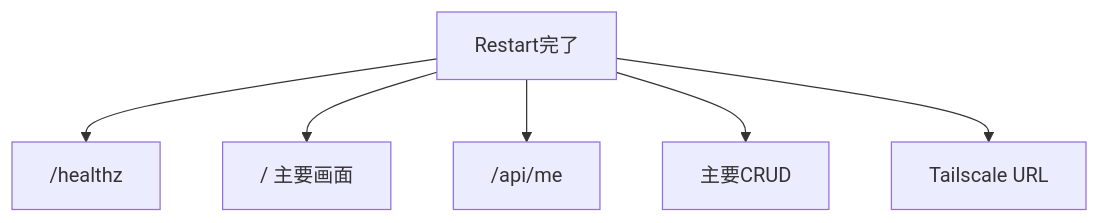
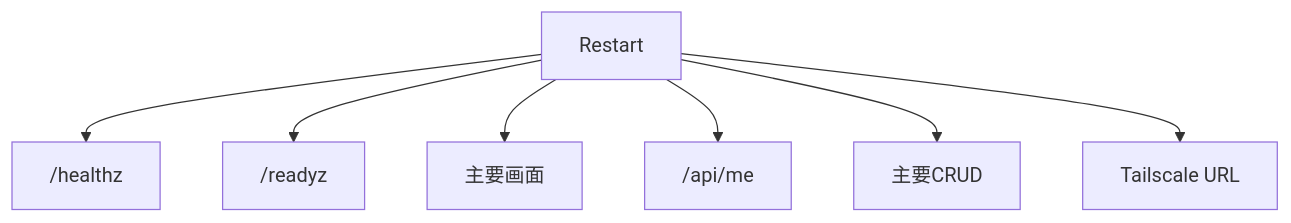
One commit to k-systems202208/python-sqlite-tailscale-webapp-template changed the fourth of 5 diagrams in docs/DEPLOYMENT.md. Above: the diagram before and after it, drawn with Mermaid. The commit also changed other lines of this file and 42 other files, not shown here.

````diff
--- a/docs/DEPLOYMENT.md
+++ b/docs/DEPLOYMENT.md
@@ -167,8 +182,9 @@
 ```mermaid
 flowchart TD
-    A["Restart完了"] --> H["/healthz"]
-    A --> P["/ 主要画面"]
+    A["Restart"] --> H["/healthz"]
+    A --> R["/readyz"]
+    A --> P["主要画面"]
     A --> M["/api/me"]
     A --> C["主要CRUD"]
     A --> T["Tailscale URL"]
 ```
````
